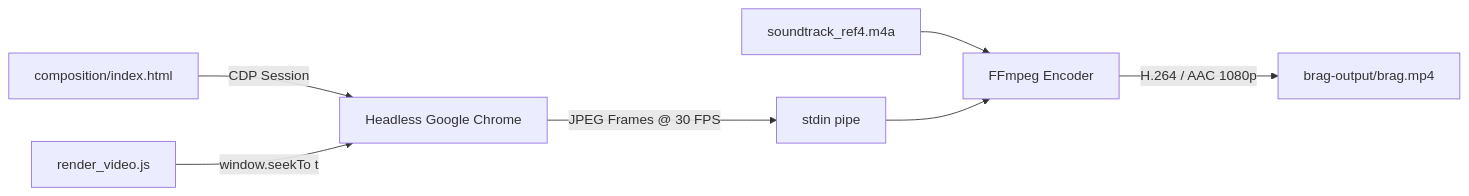
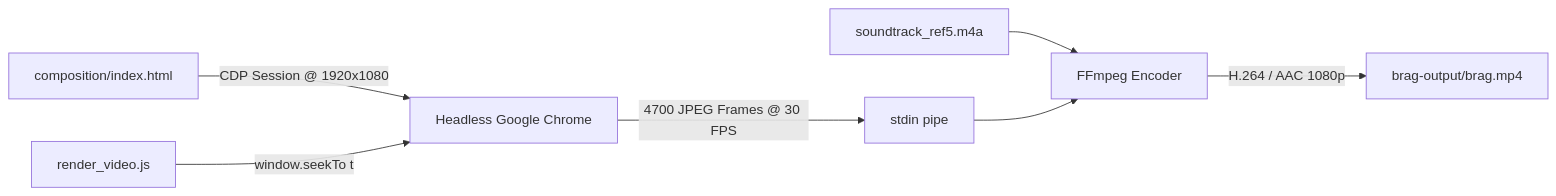
One commit to MdKasif0/iWriteTech-Video changed the diagram in README.md. Above: the diagram before and after it, drawn with Mermaid. The commit also changed other lines of this file and 3 other files, not shown here.

````diff
--- a/README.md
+++ b/README.md
@@ -93,9 +103,9 @@
 ```mermaid
 graph LR
-    HTML[composition/index.html] -->|CDP Session| Chrome[Headless Google Chrome]
+    HTML[composition/index.html] -->|CDP Session @ 1920x1080| Chrome[Headless Google Chrome]
     Script[render_video.js] -->|window.seekTo t | Chrome
-    Chrome -->|JPEG Frames @ 30 FPS| Pipe[stdin pipe]
-    Audio[soundtrack_ref4.m4a] --> FFmpeg[FFmpeg Encoder]
+    Chrome -->|4700 JPEG Frames @ 30 FPS| Pipe[stdin pipe]
+    Audio[soundtrack_ref5.m4a] --> FFmpeg[FFmpeg Encoder]
     Pipe --> FFmpeg
     FFmpeg -->|H.264 / AAC 1080p| MP4[brag-output/brag.mp4]
 ```
````
